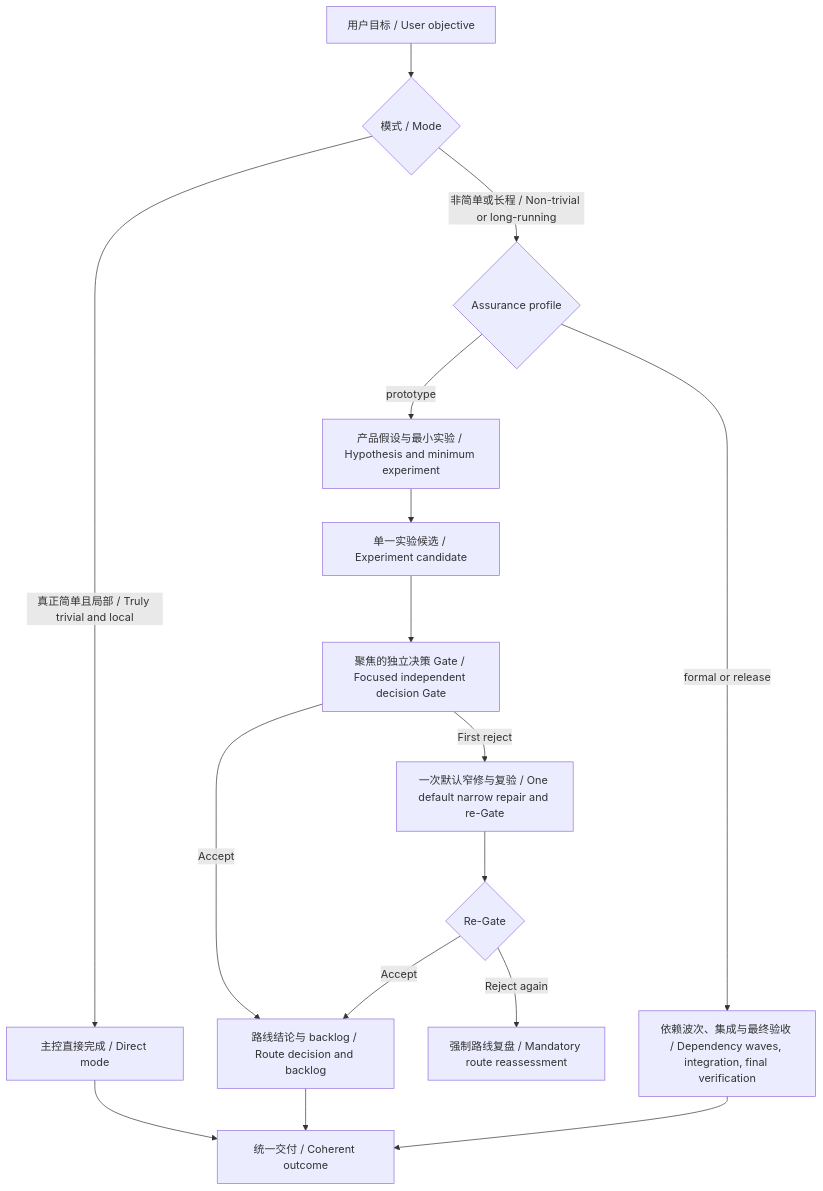
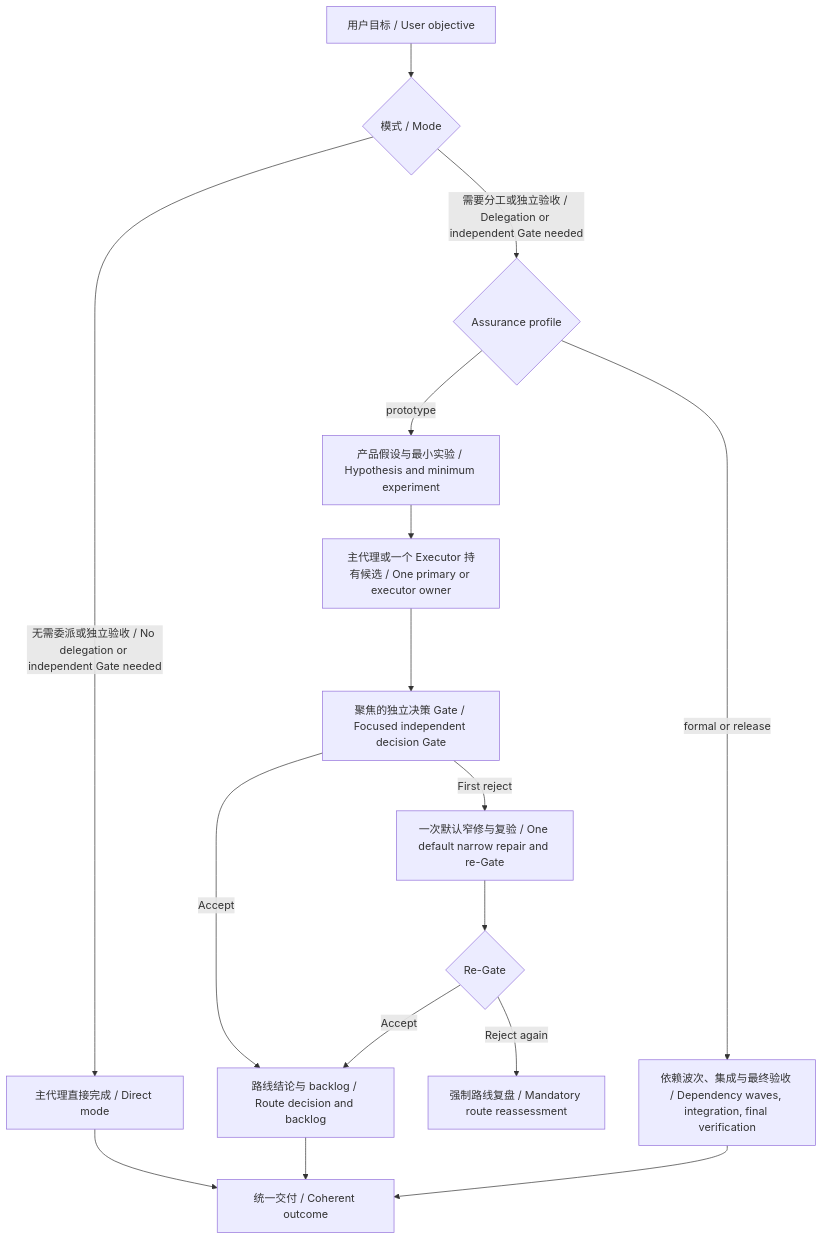
Before and after one commit to Linsongrong/orchestrate-work: the diagram in README.md, drawn with Mermaid. The commit also changed other lines of this file and 7 other files, not shown here.

Commit message:
Allow continuous primary execution with independent verification

````diff
--- a/README.md
+++ b/README.md
@@ -5,18 +5,18 @@
 ```mermaid
 flowchart TD
     U["用户目标 / User objective"] --> M{"模式 / Mode"}
-    M -->|"真正简单且局部 / Truly trivial and local"| D["主控直接完成 / Direct mode"]
-    M -->|"非简单或长程 / Non-trivial or long-running"| P{"Assurance profile"}
+    M -->|"无需委派或独立验收 / No delegation or independent Gate needed"| D["主代理直接完成 / Direct mode"]
+    M -->|"需要分工或独立验收 / Delegation or independent Gate needed"| P{"Assurance profile"}
     P -->|"prototype"| H["产品假设与最小实验 / Hypothesis and minimum experiment"]
-    H --> C["单一实验候选 / Experiment candidate"]
+    H --> C["主代理或一个 Executor 持有候选 / One primary or executor owner"]
     C --> G["聚焦的独立决策 Gate / Focused independent decision Gate"]
     G -->|"Accept"| F["路线结论与 backlog / Route decision and backlog"]
     G -->|"First reject"| R["一次默认窄修与复验 / One default narrow repair and re-Gate"]
     R --> Q{"Re-Gate"}
     Q -->|"Accept"| F
     Q -->|"Reject again"| A["强制路线复盘 / Mandatory route reassessment"]
     P -->|"formal or release"| W["依赖波次、集成与最终验收 / Dependency waves, integration, final verification"]
     D --> O["统一交付 / Coherent outcome"]
     F --> O
     W --> O
 ```
````
